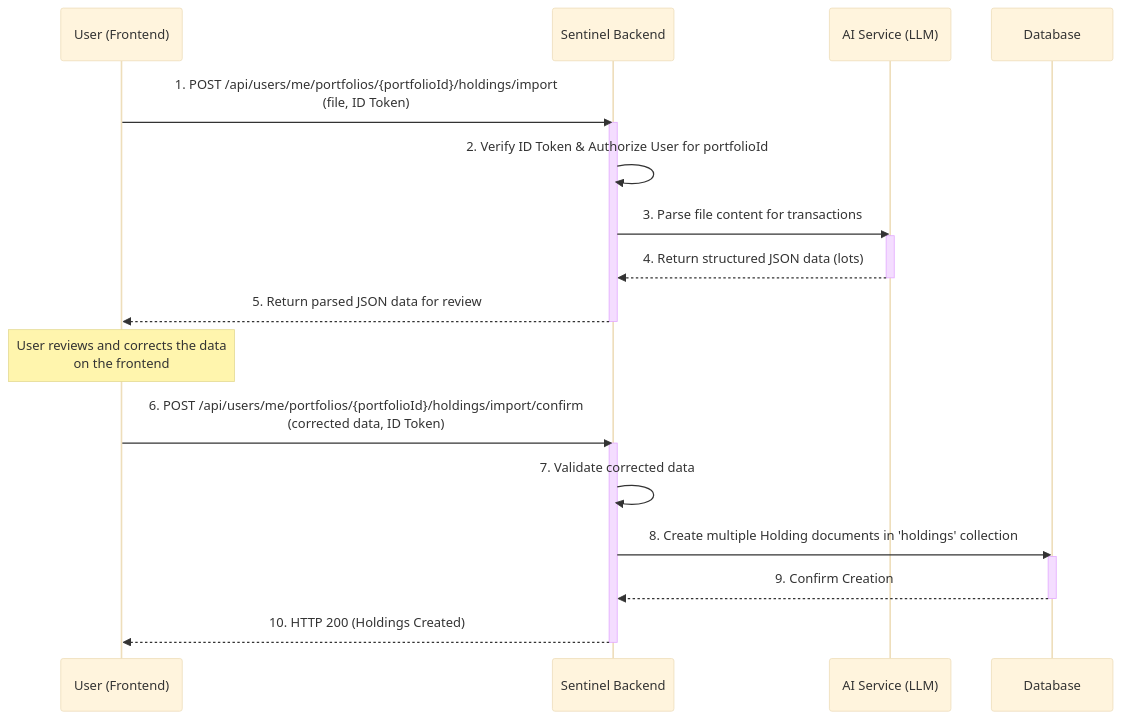
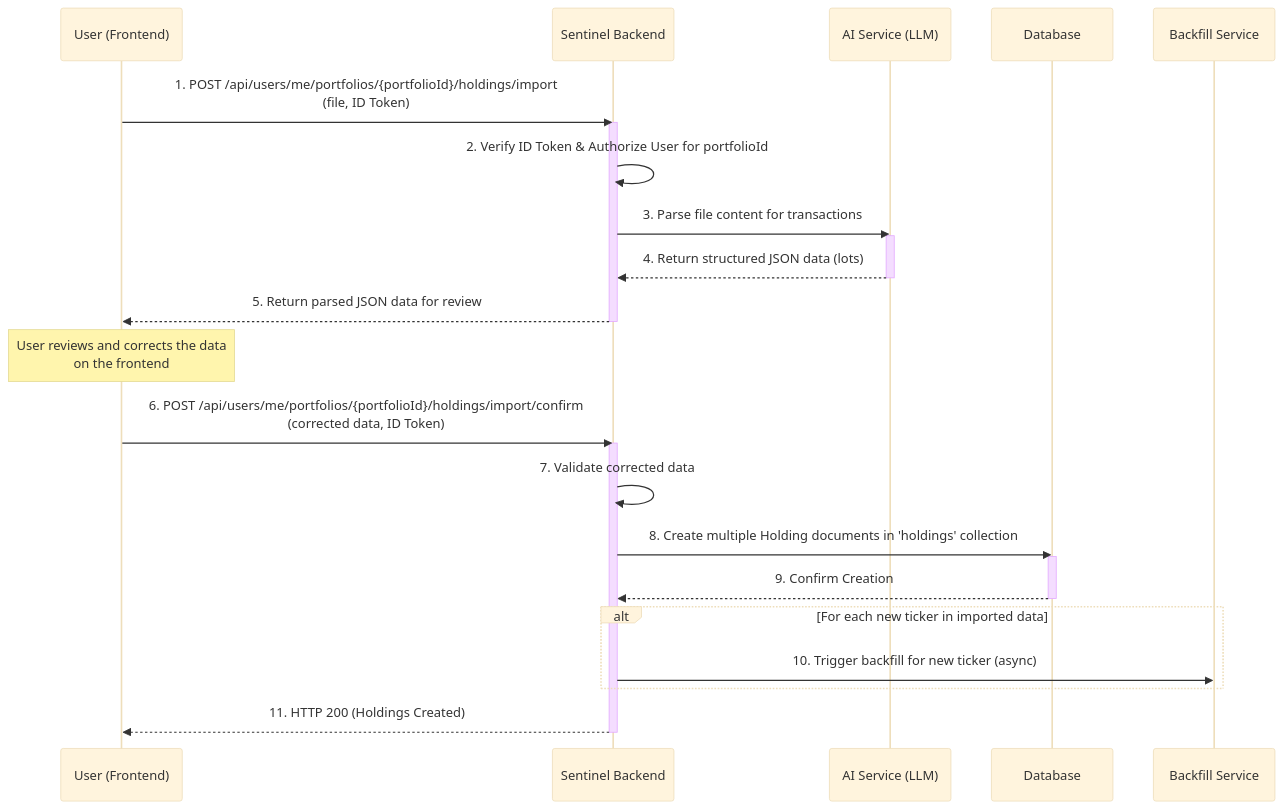
One commit to enzhao/Sentinel changed the eighth of 18 diagrams in product_spec.md. Above: the diagram before and after it, drawn with Mermaid (base theme). The commit also changed other lines of this file, not shown here.

First line of the commit message:
docs(spec): refactor backfill process and add diagrams

````diff
--- a/product_spec.md
+++ b/product_spec.md
@@ -608,29 +610,35 @@
 ```mermaid
 sequenceDiagram
     participant User as User (Frontend)
     participant Sentinel as Sentinel Backend
     participant AI as AI Service (LLM)
     participant DB as Database
+    participant Backfill as Backfill Service
 
     User->>Sentinel: 1. POST /api/users/me/portfolios/{portfolioId}/holdings/import<br>(file, ID Token)
     activate Sentinel
     Sentinel->>Sentinel: 2. Verify ID Token & Authorize User for portfolioId
     Sentinel->>AI: 3. Parse file content for transactions
     activate AI
     AI-->>Sentinel: 4. Return structured JSON data (lots)
     deactivate AI
     Sentinel-->>User: 5. Return parsed JSON data for review
     deactivate Sentinel
 
     Note over User: User reviews and corrects the data<br> on the frontend
     
     User->>Sentinel: 6. POST /api/users/me/portfolios/{portfolioId}/holdings/import/confirm<br> (corrected data, ID Token)
     activate Sentinel
     Sentinel->>Sentinel: 7. Validate corrected data
     Sentinel->>DB: 8. Create multiple Holding documents in 'holdings' collection
     activate DB
     DB-->>Sentinel: 9. Confirm Creation
     deactivate DB
-    Sentinel-->>User: 10. HTTP 200 (Holdings Created)
+
+    alt For each new ticker in imported data
+        Sentinel->>Backfill: 10. Trigger backfill for new ticker (async)
+    end
+
+    Sentinel-->>User: 11. HTTP 200 (Holdings Created)
     deactivate Sentinel
 ```
````
